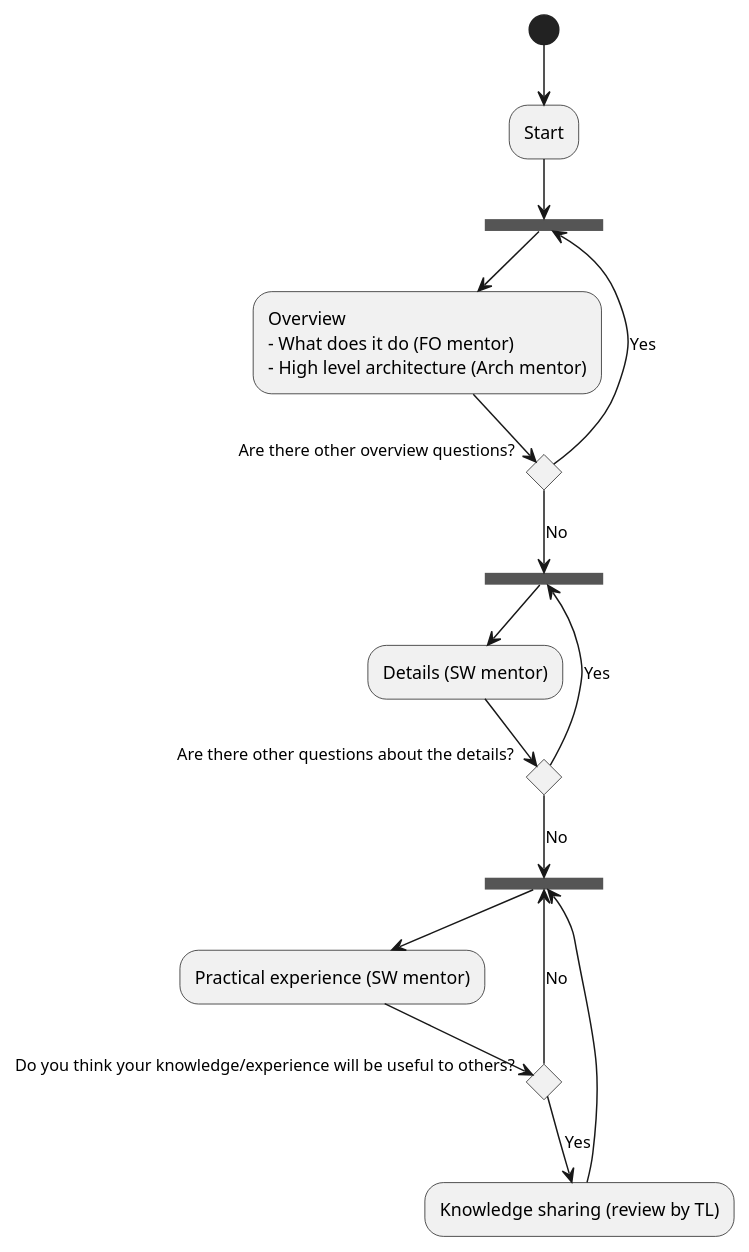
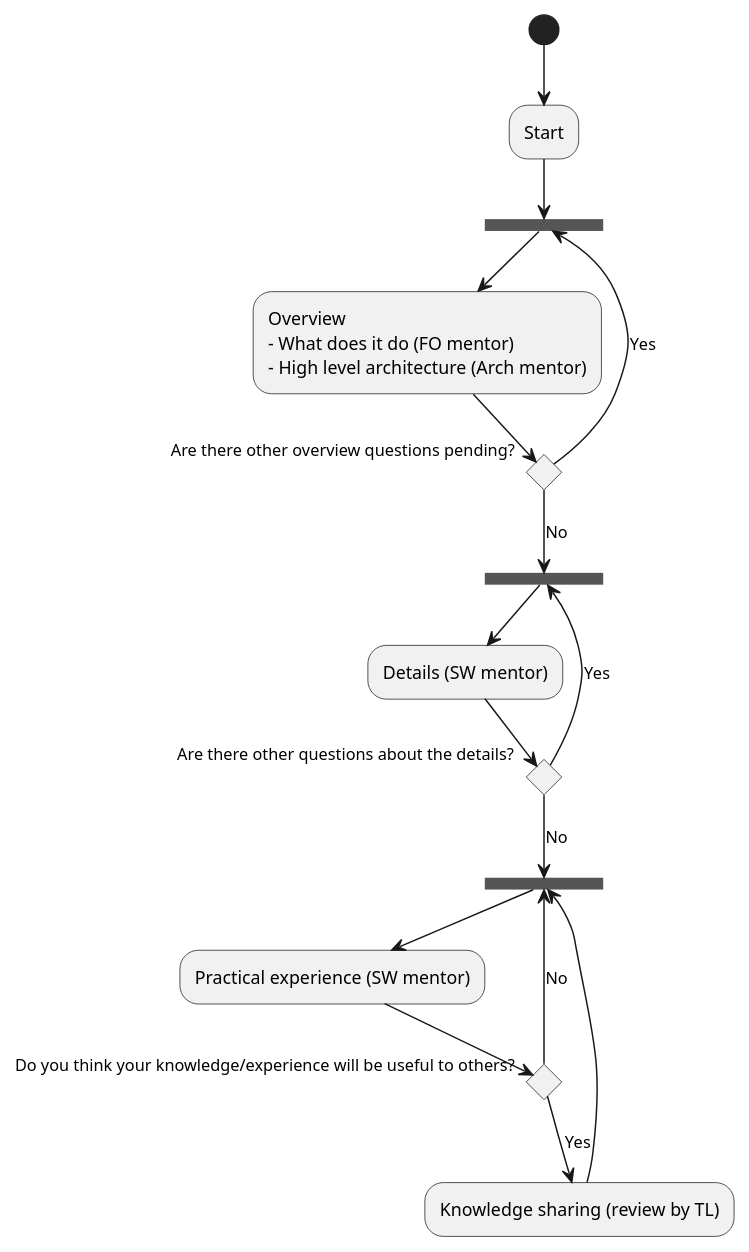
The diagram in LearningSequence.plantuml (PavelKanazirev/TestUmlRepo), drawn with PlantUML before and after one commit. The commit also changed 24 other files, not shown here.

```diff
--- a/LearningSequence.plantuml
+++ b/LearningSequence.plantuml
@@ -2,29 +2,29 @@
 @startuml
 (*) --> "Start"
 --> ==PreOverview===
 --> "Overview
 - What does it do (FO mentor)
 - High level architecture (Arch mentor)" as C1
 
-if "Are there other overview questions?" then
+if "Are there other overview questions pending?" then
   -->[Yes] ==PreOverview===
 else
   -->[No] ==PreDetails===
 endif
 
 --> "Details (SW mentor)" as C2
 if "Are there other questions about the details?" then
   -->[Yes] ==PreDetails===
 else
   -->[No] ==PrePractical===
 endif
 
 --> "Practical experience (SW mentor)" as C3
 if "Do you think your knowledge/experience will be useful to others?" then
   -->[Yes] "Knowledge sharing (review by TL)" as C4
   --> ==PrePractical===
 else
   --> [No] ==PrePractical===
 endif
 
 @enduml
```
